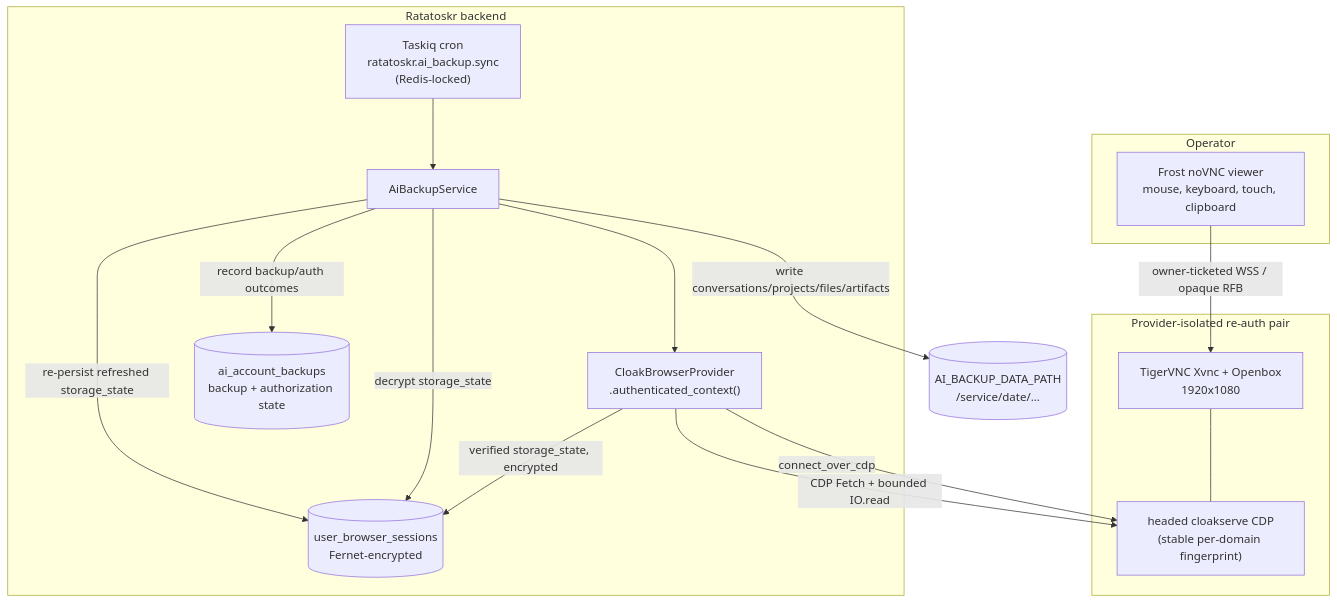
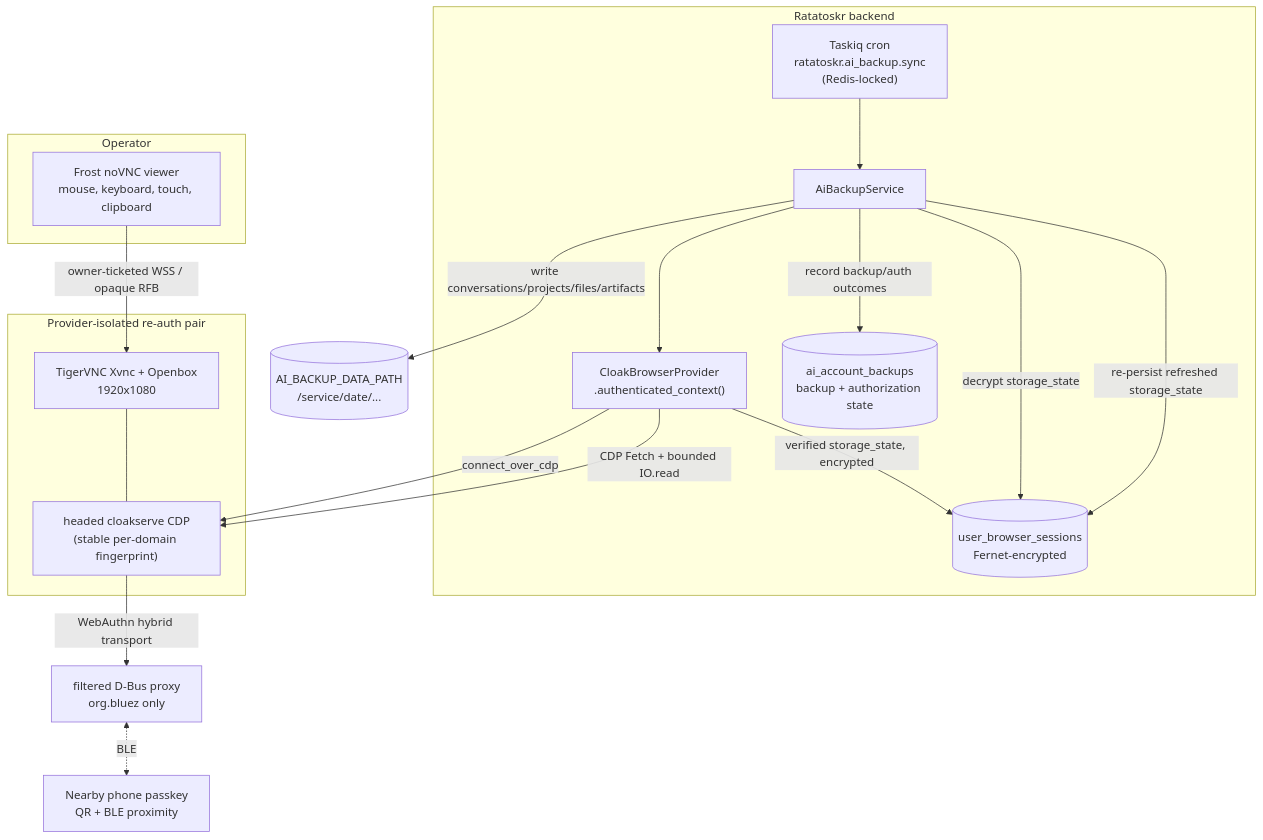
One commit to po4yka/ratatoskr changed the diagram in docs/explanation/ai-account-backup.md. Above: the diagram before and after it, drawn with Mermaid. The commit also changed other lines of this file and 10 other files, not shown here.

Commit message:
feat: enable hybrid WebAuthn re-auth

````diff
--- a/docs/explanation/ai-account-backup.md
+++ b/docs/explanation/ai-account-backup.md
@@ -25,30 +25,34 @@
 ```mermaid
 flowchart TB
     subgraph Operator["Operator"]
         Login["Frost noVNC viewer\nmouse, keyboard, touch, clipboard"]
     end
     subgraph Backend["Ratatoskr backend"]
         Store[(user_browser_sessions\nFernet-encrypted)]
         Task["Taskiq cron\nratatoskr.ai_backup.sync\n(Redis-locked)"]
         Svc[AiBackupService]
         Prov["CloakBrowserProvider\n.authenticated_context()"]
         State[(ai_account_backups\nbackup + authorization state)]
     end
     subgraph Sidecar["Provider-isolated re-auth pair"]
         CDP["headed cloakserve CDP\n(stable per-domain fingerprint)"]
         VNC["TigerVNC Xvnc + Openbox\n1920x1080"]
     end
+    Bridge["filtered D-Bus proxy\norg.bluez only"]
+    Phone["Nearby phone passkey\nQR + BLE proximity"]
     Disk[(AI_BACKUP_DATA_PATH\n/service/date/...)]
 
     Login -- "owner-ticketed WSS / opaque RFB" --> VNC
     VNC --- CDP
+    CDP -- "WebAuthn hybrid transport" --> Bridge
+    Bridge <-. "BLE" .-> Phone
     Prov -- "verified storage_state, encrypted" --> Store
     Task --> Svc
     Svc -- decrypt storage_state --> Store
     Svc --> Prov
     Prov -- connect_over_cdp --> CDP
     Prov -- "CDP Fetch + bounded IO.read" --> CDP
     Svc -- write conversations/projects/files/artifacts --> Disk
     Svc -- re-persist refreshed storage_state --> Store
     Svc -- record backup/auth outcomes --> State
 ```
````
